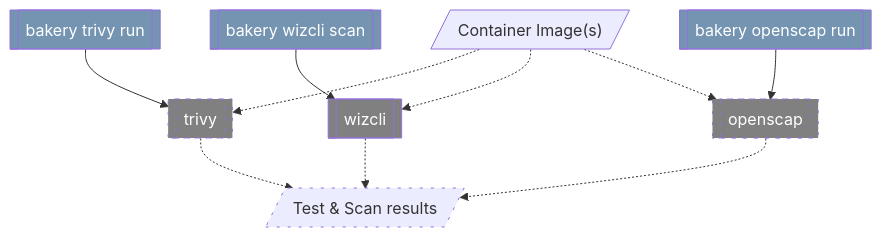
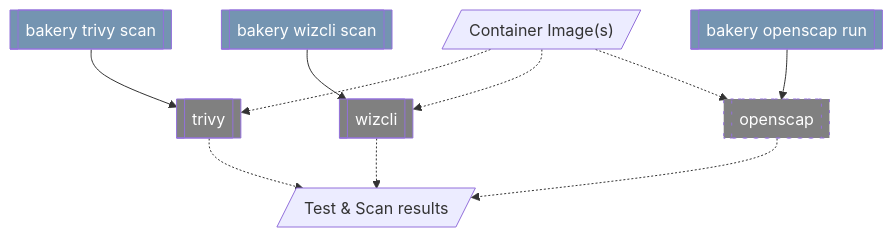
Before and after one commit to posit-dev/images-shared: the sixth of 8 diagrams in posit-bakery/docs/architecture.qmd, drawn with Mermaid. The commit also changed 4 other files, not shown here.

Commit message:
docs: document bakery trivy scan

````diff
--- a/posit-bakery/docs/architecture.qmd
+++ b/posit-bakery/docs/architecture.qmd
@@ -216,34 +216,34 @@
 ```{mermaid}
 %%| fig-cap: "Bakery Scanning Workflow"
 flowchart TD
 
     image[/"Container Image(s)"/]
     results[/"Test & Scan results"/]
 
     trivy[[trivy]]
-    runTrivy[[bakery trivy run]]
+    runTrivy[[bakery trivy scan]]
     runTrivy --> trivy
     image -.-> trivy -.-> results
 
     wizcli[[wizcli]]
     runWizcli[[bakery wizcli scan]]
     runWizcli --> wizcli
     image -.-> wizcli -.-> results
 
     openscap[[openscap]]
     runOpenscap[[bakery openscap run]]
     runOpenscap --> openscap
     image -.-> openscap -.-> results
 
     classDef tooling fill:#7494B1,color:#fff
     classDef external fill:grey,color:#fff
     classDef progress stroke-dasharray: 2 2
     classDef todo stroke-dasharray: 3 8
 
     class runTrivy,runOpenscap,runWizcli tooling
     class trivy,openscap,wizcli external
 
     %% Mark what we are working on and is in flight %%
-    class inprogress,trivy todo
-    class openscap,results todo
+    class inprogress todo
+    class openscap todo
 ```
````
